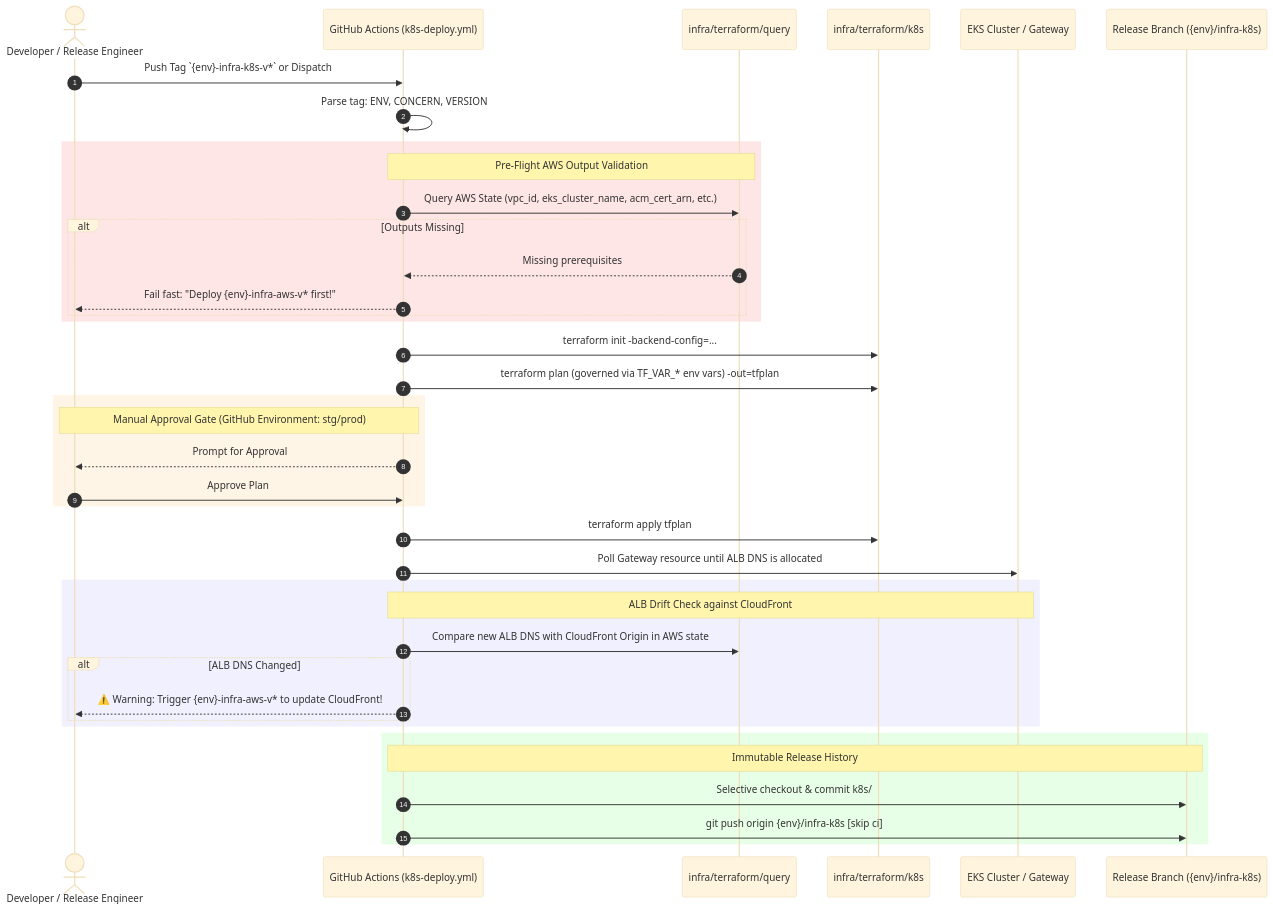
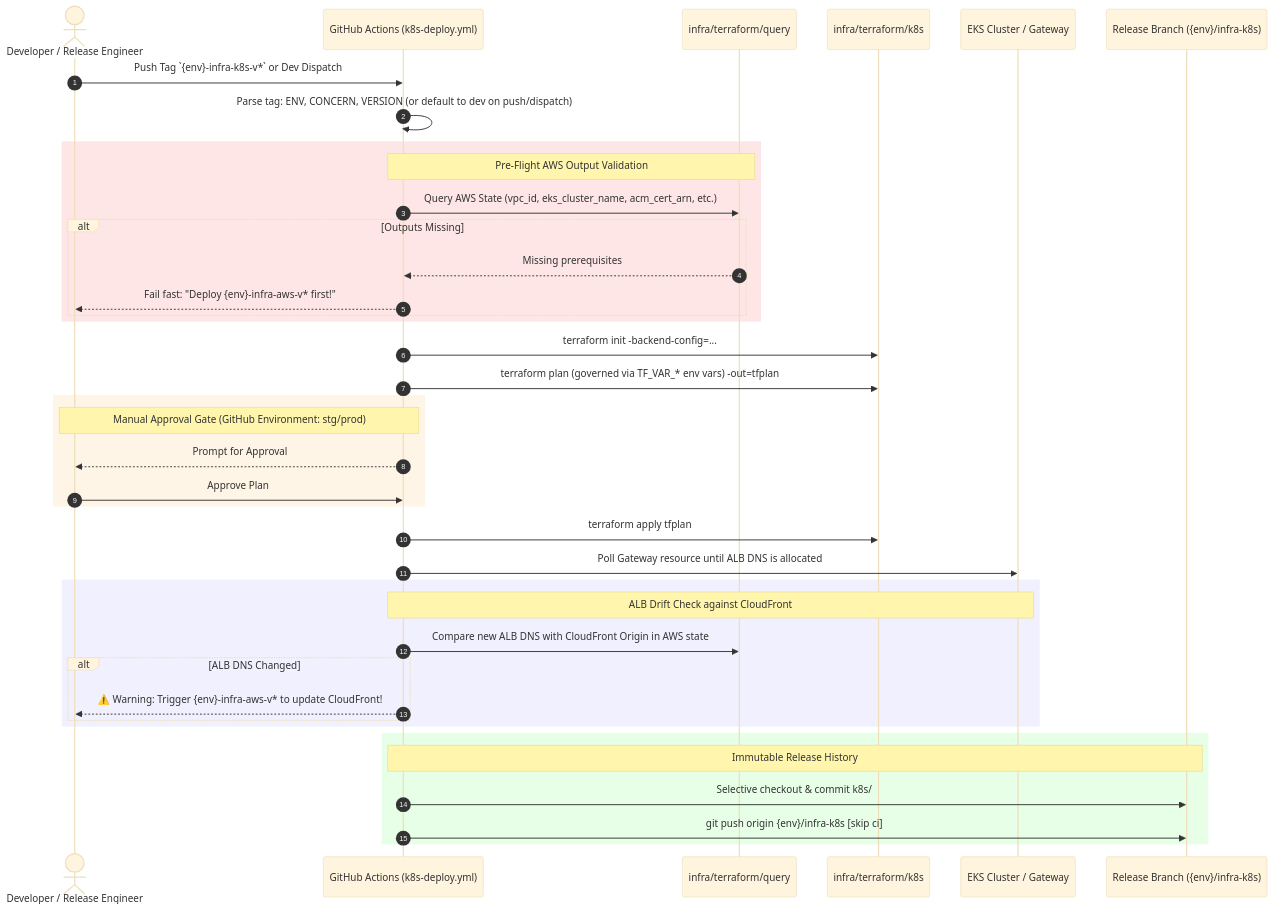
The second of 2 diagrams in docs/context/infrastructure-cicd-spec.md (parth9218/Document-Intelligence-Platform), drawn with Mermaid (base theme) before and after one commit. The commit also changed other lines of this file and 15 other files, not shown here.

Commit message:
feat(cicd): removed manual workflow dispatch from environments except dev

````diff
--- a/docs/context/infrastructure-cicd-spec.md
+++ b/docs/context/infrastructure-cicd-spec.md
@@ -148,48 +148,48 @@
 ```mermaid
 sequenceDiagram
     autonumber
     actor Dev as Developer / Release Engineer
     participant GH as GitHub Actions (k8s-deploy.yml)
     participant Query as infra/terraform/query
     participant K8s as infra/terraform/k8s
     participant Cluster as EKS Cluster / Gateway
     participant Git as Release Branch ({env}/infra-k8s)
 
-    Dev->>GH: Push Tag `{env}-infra-k8s-v*` or Dispatch
-    GH->>GH: Parse tag: ENV, CONCERN, VERSION
+    Dev->>GH: Push Tag `{env}-infra-k8s-v*` or Dev Dispatch
+    GH->>GH: Parse tag: ENV, CONCERN, VERSION (or default to dev on push/dispatch)
     
     rect rgb(255, 230, 230)
         Note over GH, Query: Pre-Flight AWS Output Validation
         GH->>Query: Query AWS State (vpc_id, eks_cluster_name, acm_cert_arn, etc.)
         alt Outputs Missing
             Query-->>GH: Missing prerequisites
             GH-->>Dev: Fail fast: "Deploy {env}-infra-aws-v* first!"
         end
     end
     
     GH->>K8s: terraform init -backend-config=...
     GH->>K8s: terraform plan (governed via TF_VAR_* env vars) -out=tfplan
     
     rect rgb(255, 245, 230)
         Note over GH, Dev: Manual Approval Gate (GitHub Environment: stg/prod)
         GH-->>Dev: Prompt for Approval
         Dev->>GH: Approve Plan
     end
     
     GH->>K8s: terraform apply tfplan
     GH->>Cluster: Poll Gateway resource until ALB DNS is allocated
     
     rect rgb(240, 240, 255)
         Note over GH, Cluster: ALB Drift Check against CloudFront
         GH->>Query: Compare new ALB DNS with CloudFront Origin in AWS state
         alt ALB DNS Changed
             GH-->>Dev: ⚠️ Warning: Trigger {env}-infra-aws-v* to update CloudFront!
         end
     end
     
     rect rgb(230, 255, 230)
         Note over GH, Git: Immutable Release History
         GH->>Git: Selective checkout & commit k8s/
         GH->>Git: git push origin {env}/infra-k8s [skip ci]
     end
 ```
````
